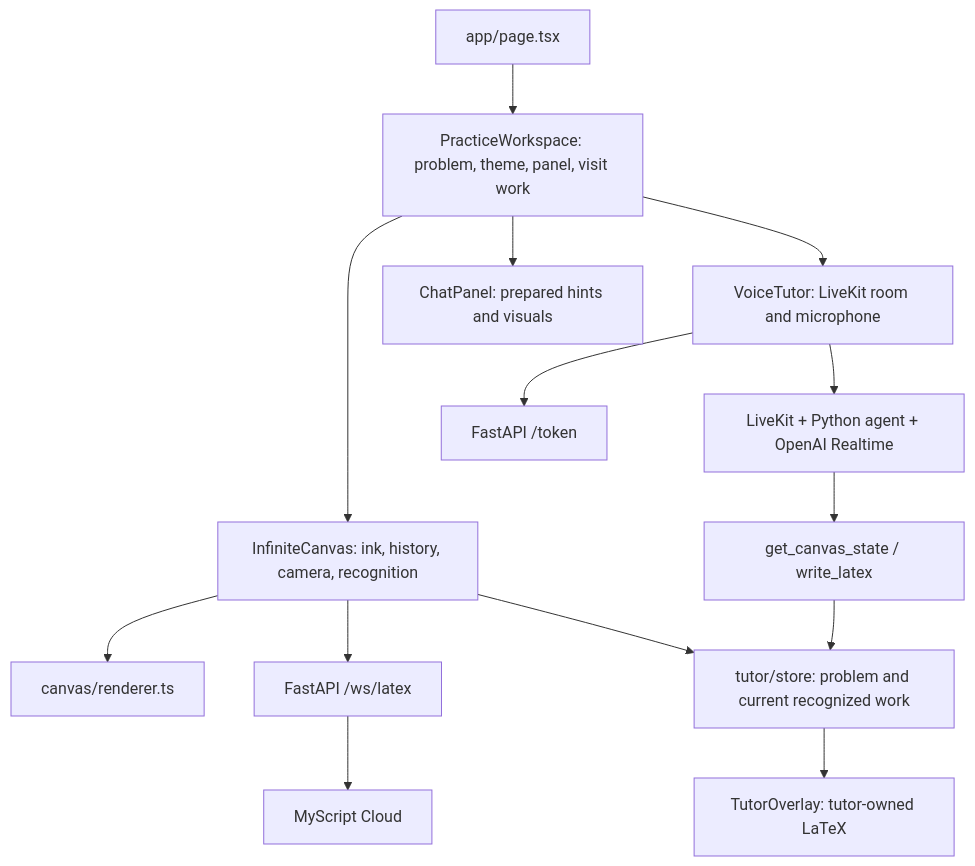
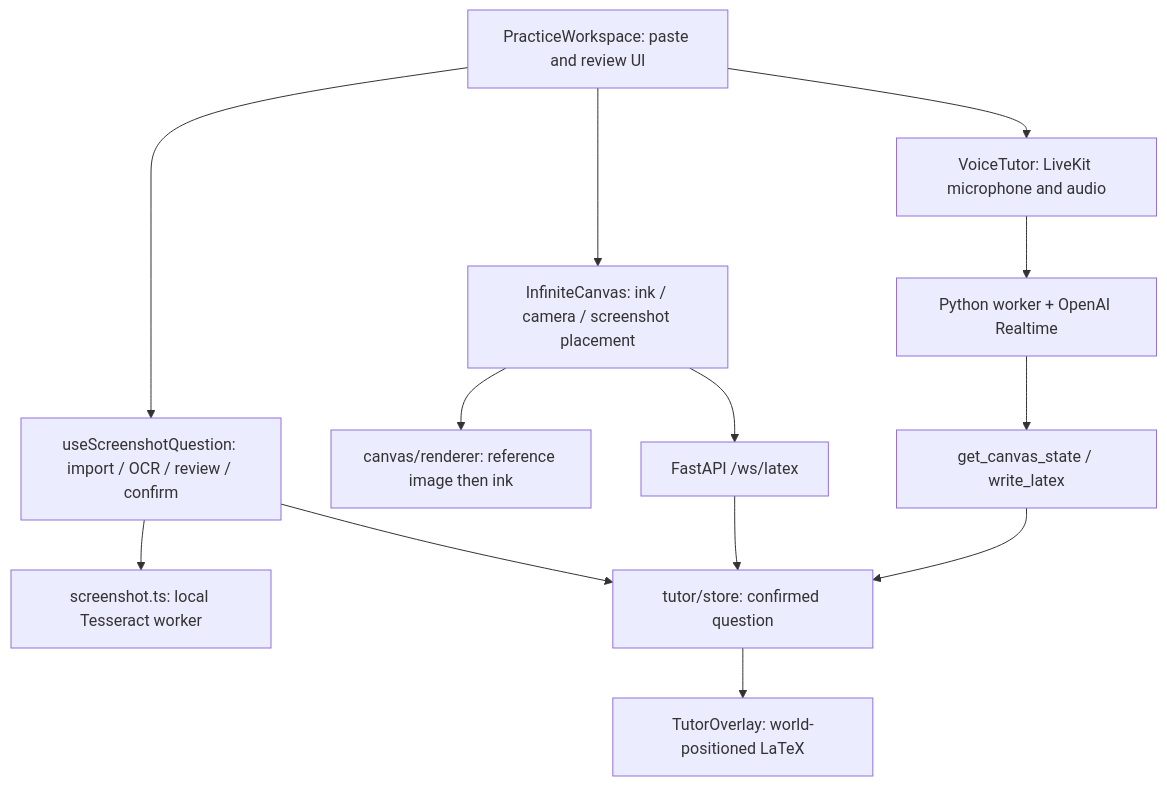
One commit to Ishfaq-code/Mimir changed the diagram in docs/PROJECT_CONTEXT.md. Above: the diagram before and after it, drawn with Mermaid. The commit also changed other lines of this file and 28 other files, not shown here.

Commit message:
Add screenshot question import and canvas text tool

````diff
--- a/docs/PROJECT_CONTEXT.md
+++ b/docs/PROJECT_CONTEXT.md
@@ -37,16 +30,15 @@
 ```mermaid
 flowchart TD
-  Page[app/page.tsx] --> Workspace[PracticeWorkspace: problem, theme, panel, visit work]
-  Workspace --> Canvas[InfiniteCanvas: ink, history, camera, recognition]
-  Workspace --> Guide[ChatPanel: prepared hints and visuals]
-  Workspace --> Voice[VoiceTutor: LiveKit room and microphone]
-  Canvas --> Renderer[canvas/renderer.ts]
-  Canvas --> WS[FastAPI /ws/latex]
-  WS --> MyScript[MyScript Cloud]
-  Canvas --> Store[tutor/store: problem and current recognized work]
-  Store --> Overlay[TutorOverlay: tutor-owned LaTeX]
-  Voice --> Token[FastAPI /token]
-  Voice --> LiveKit[LiveKit + Python agent + OpenAI Realtime]
-  LiveKit --> RPC[get_canvas_state / write_latex]
+  Workspace[PracticeWorkspace: paste and review UI] --> Import[useScreenshotQuestion: import / OCR / review / confirm]
+  Import --> OCR[screenshot.ts: local Tesseract worker]
+  Import --> Store[tutor/store: confirmed question]
+  Workspace --> Canvas[InfiniteCanvas: ink / camera / screenshot placement]
+  Canvas --> Renderer[canvas/renderer: reference image then ink]
+  Canvas --> MyScript[FastAPI /ws/latex]
+  MyScript --> Store
+  Workspace --> Voice[VoiceTutor: LiveKit microphone and audio]
+  Voice --> Agent[Python worker + OpenAI Realtime]
+  Agent --> RPC[get_canvas_state / write_latex]
   RPC --> Store
+  Store --> Overlay[TutorOverlay: world-positioned LaTeX]
 ```
````
